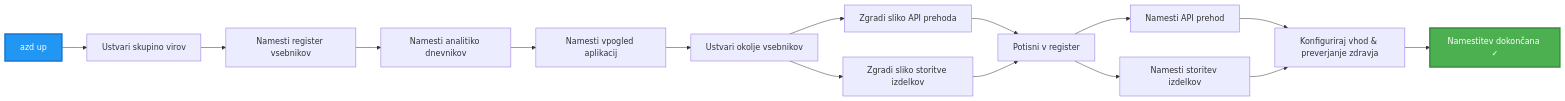
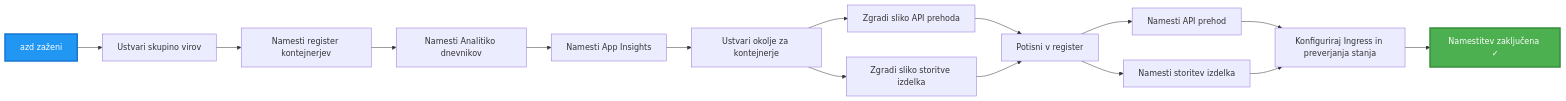
The third of 4 diagrams in translations/sl/examples/microservices/README.md (microsoft/AZD-for-beginners), drawn with Mermaid before and after one commit. The commit also changed other lines of this file and 242 other files, not shown here.

````diff
--- a/translations/sl/examples/microservices/README.md
+++ b/translations/sl/examples/microservices/README.md
@@ -242,20 +233,20 @@
 ```mermaid
 graph LR
-    A[azd up] --> B[Ustvari skupino virov]
-    B --> C[Namesti register vsebnikov]
-    C --> D[Namesti analitiko dnevnikov]
-    D --> E[Namesti vpogled aplikacij]
-    E --> F[Ustvari okolje vsebnikov]
+    A[azd zaženi] --> B[Ustvari skupino virov]
+    B --> C[Namesti register kontejnerjev]
+    C --> D[Namesti Analitiko dnevnikov]
+    D --> E[Namesti App Insights]
+    E --> F[Ustvari okolje za kontejnerje]
     F --> G[Zgradi sliko API prehoda]
-    F --> H[Zgradi sliko storitve izdelkov]
+    F --> H[Zgradi sliko storitve izdelka]
     G --> I[Potisni v register]
     H --> I
     I --> J[Namesti API prehod]
-    I --> K[Namesti storitev izdelkov]
-    J --> L[Konfiguriraj vhod & preverjanje zdravja]
+    I --> K[Namesti storitev izdelka]
+    J --> L[Konfiguriraj Ingress in preverjanja stanja]
     K --> L
-    L --> M[Namestitev dokončana ✓]
+    L --> M[Namestitev zaključena ✓]
     
     style A fill:#2196F3,stroke:#1976D2,stroke-width:3px,color:#fff
     style M fill:#4CAF50,stroke:#388E3C,stroke-width:3px,color:#fff
 ```
````
